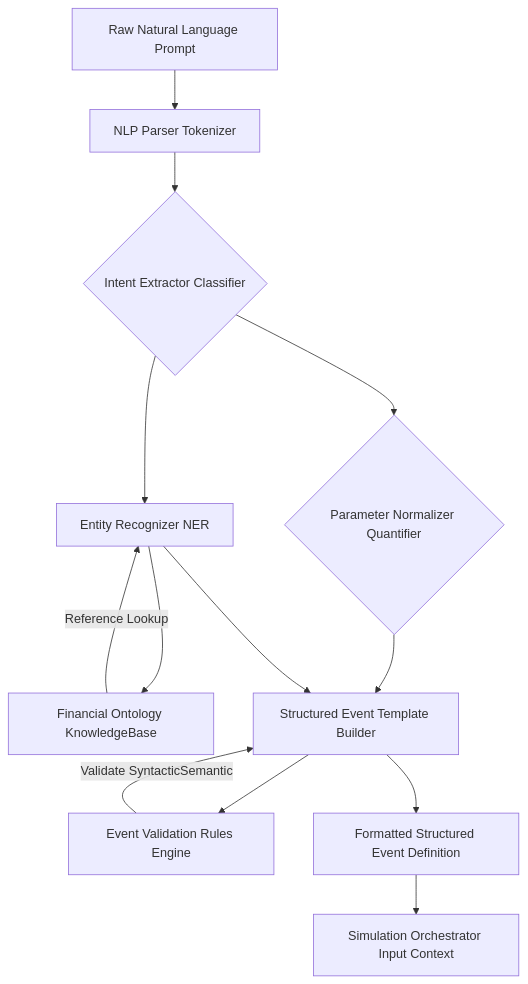
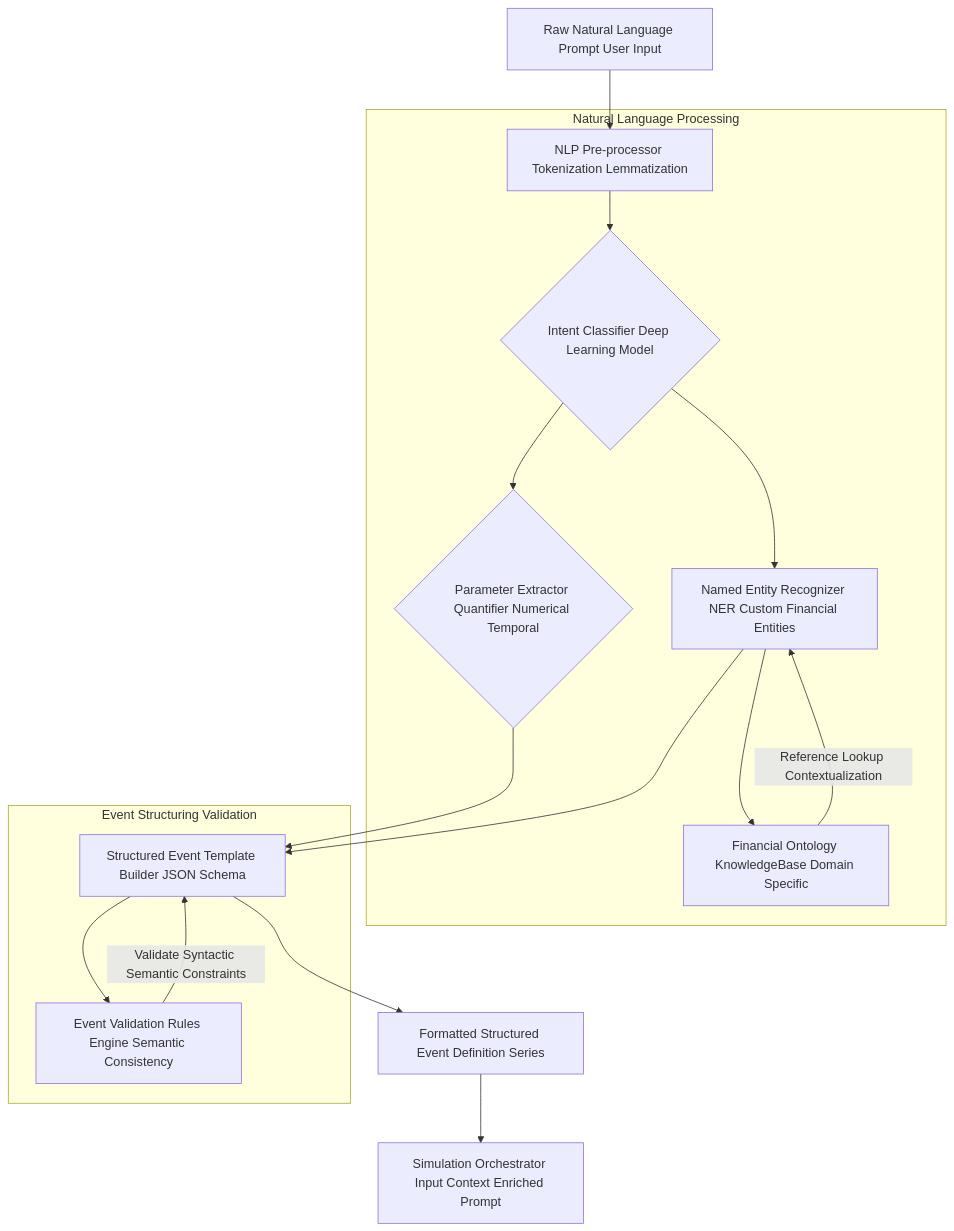
One commit to diplomat-bit/Citibank_Demo_Business_Inc_Demonstration- changed the third of 11 diagrams in inventions/009_ai_financial_simulation.md. Above: the diagram before and after it, drawn with Mermaid. The commit also changed other lines of this file, not shown here.

Commit message:
[AI] Edit: inventions/009_ai_financial_simulation.md

````diff
--- a/inventions/009_ai_financial_simulation.md
+++ b/inventions/009_ai_financial_simulation.md
@@ -305,15 +492,26 @@
 ```mermaid
 graph TD
-    A[Raw Natural Language Prompt] --> B[NLP Parser Tokenizer];
-    B --> C{Intent Extractor Classifier};
-    C --> D[Entity Recognizer NER];
-    D --> E[Financial Ontology KnowledgeBase];
-    E -- Reference Lookup --> D;
-    C --> F{Parameter Normalizer Quantifier};
-    F --> G[Structured Event Template Builder];
+    A[Raw Natural Language Prompt User Input] --> B[NLP Pre-processor Tokenization Lemmatization];
+    B --> C{Intent Classifier Deep Learning Model};
+    C --> D[Named Entity Recognizer NER Custom Financial Entities];
+    D --> E[Financial Ontology KnowledgeBase Domain Specific];
+    E -- Reference Lookup Contextualization --> D;
+    C --> F{Parameter Extractor Quantifier Numerical Temporal};
+    F --> G[Structured Event Template Builder JSON Schema];
     D --> G;
-    G --> H[Event Validation Rules Engine];
-    H -- Validate SyntacticSemantic --> G;
-    G --> I[Formatted Structured Event Definition];
-    I --> J[Simulation Orchestrator Input Context];
+    G --> H[Event Validation Rules Engine Semantic Consistency];
+    H -- Validate Syntactic Semantic Constraints --> G;
+    G --> I[Formatted Structured Event Definition Series];
+    I --> J[Simulation Orchestrator Input Context Enriched Prompt];
+    subgraph Natural Language Processing
+        B
+        C
+        D
+        E
+        F
+    end
+    subgraph Event Structuring Validation
+        G
+        H
+    end
 ```
````
